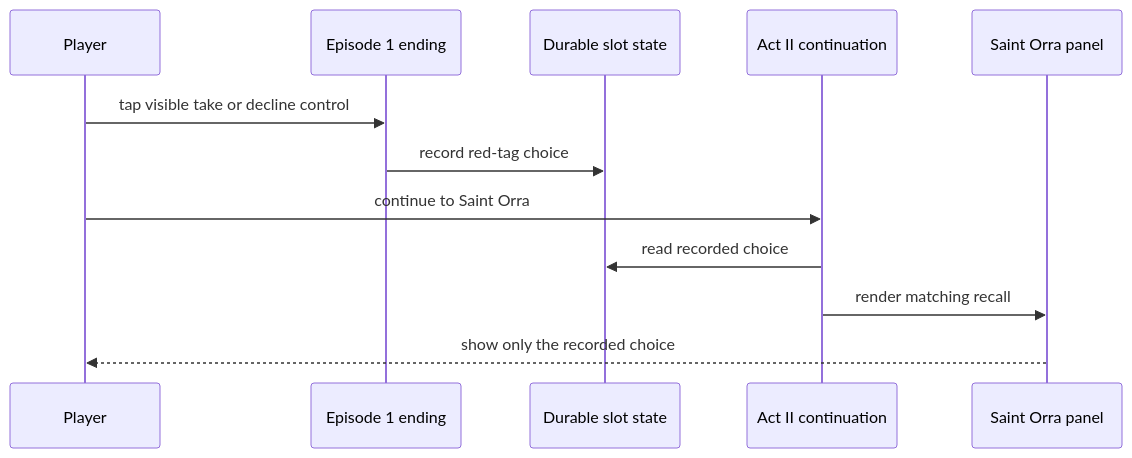
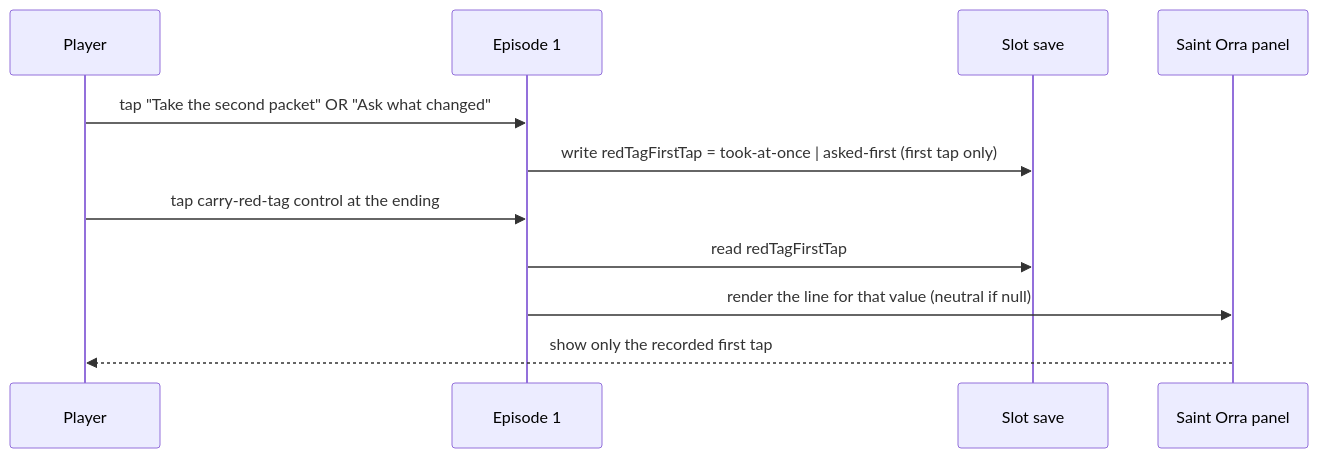
The second of 2 diagrams in docs/design/2724-red-tag-saint-orra.md (phynars/oodim-game), drawn with Mermaid before and after one commit. The commit also changed other lines of this file and 1 other file, not shown here.

First line of the commit message:
fix: a player can carry the red tag from the Episode 1 ending to Saint (#2724)

````diff
--- a/docs/design/2724-red-tag-saint-orra.md
+++ b/docs/design/2724-red-tag-saint-orra.md
@@ -19,14 +20,13 @@
 ```mermaid
 sequenceDiagram
   participant P as Player
-  participant E as Episode 1 ending
-  participant S as Durable slot state
-  participant C as Act II continuation
+  participant E as Episode 1
+  participant S as Slot save
   participant O as Saint Orra panel
-  P->>E: tap visible take or decline control
-  E->>S: record red-tag choice
-  P->>C: continue to Saint Orra
-  C->>S: read recorded choice
-  C->>O: render matching recall
-  O-->>P: show only the recorded choice
+  P->>E: tap "Take the second packet" OR "Ask what changed"
+  E->>S: write redTagFirstTap = took-at-once | asked-first (first tap only)
+  P->>E: tap carry-red-tag control at the ending
+  E->>S: read redTagFirstTap
+  E->>O: render the line for that value (neutral if null)
+  O-->>P: show only the recorded first tap
 ```
````
